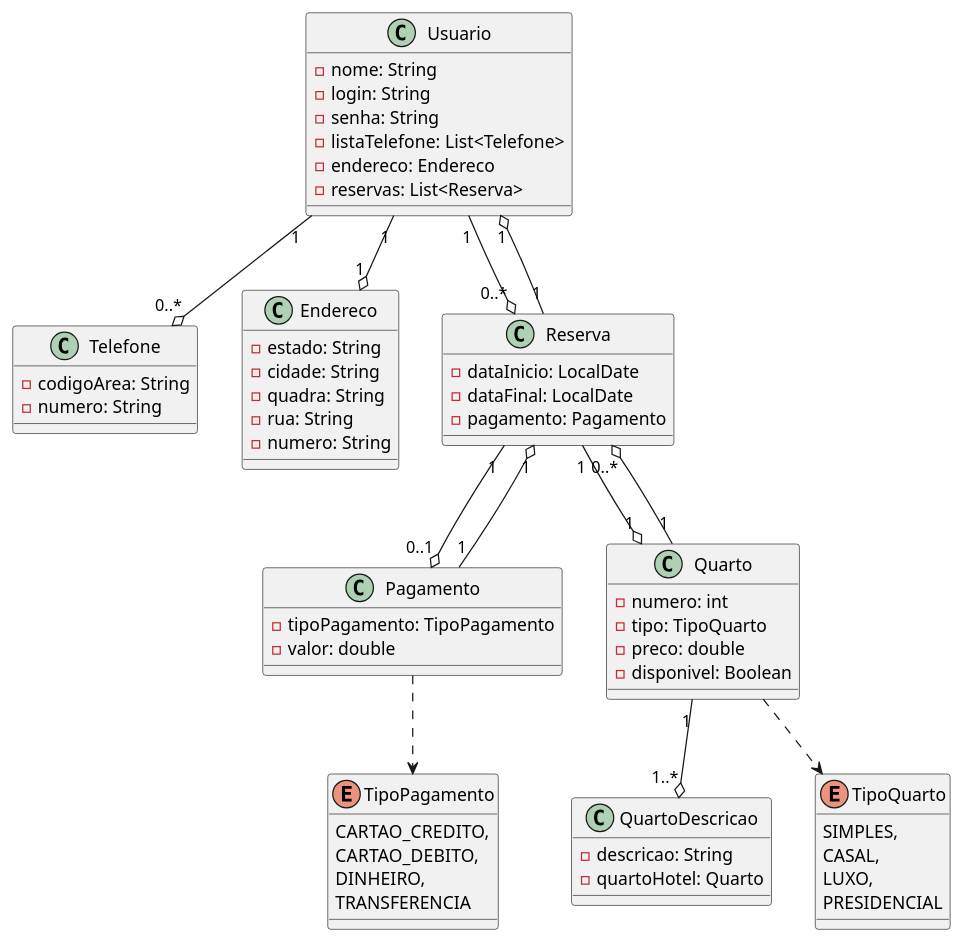
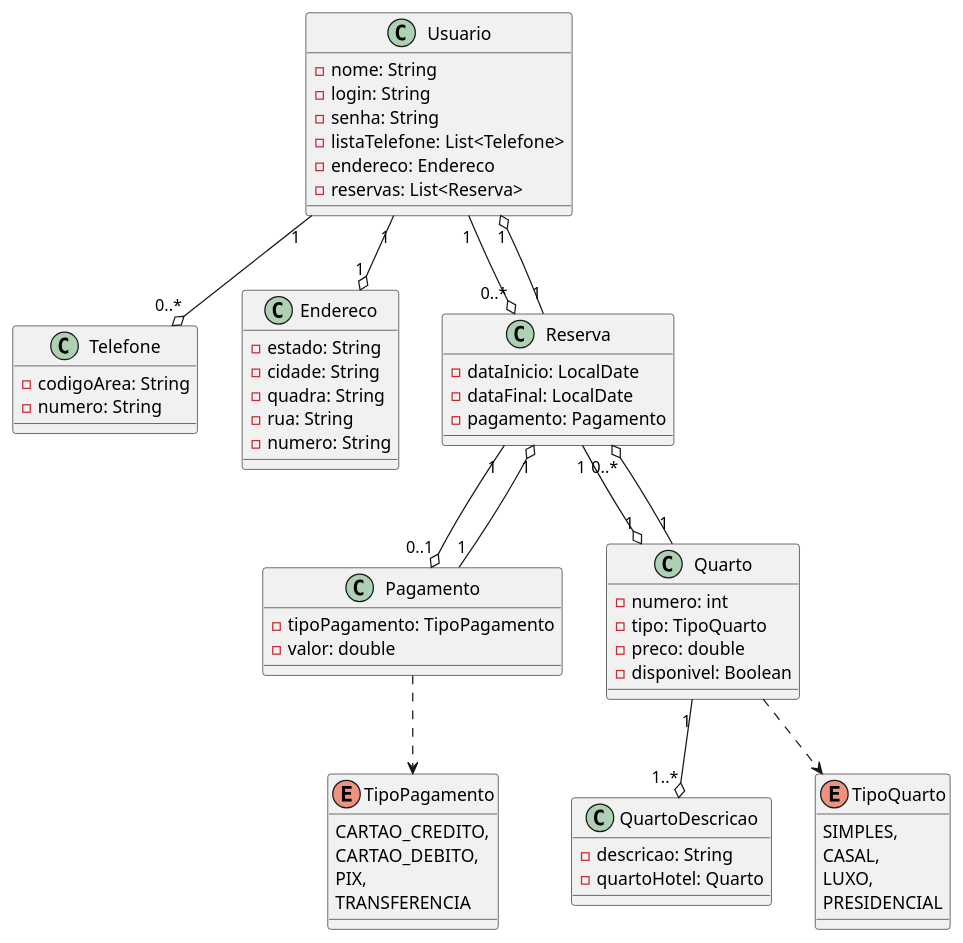
One commit to JoaoPOPaulino/quarkus-topicos1-2023-2 changed the diagram in src/main/java/br/unitins/topicos1/model/Diagrama.puml. Above: the diagram before and after it, drawn with PlantUML. The commit also changed 1 other file, not shown here.

```diff
--- a/src/main/java/br/unitins/topicos1/model/Diagrama.puml
+++ b/src/main/java/br/unitins/topicos1/model/Diagrama.puml
@@ -1,74 +1,74 @@
 @startuml Hotel
 
 class Usuario {
   - nome: String
   - login: String
   - senha: String
   - listaTelefone: List<Telefone>
   - endereco: Endereco
   - reservas: List<Reserva>
 }
 
 class Telefone {
   - codigoArea: String
   - numero: String
 }
 
 class Endereco {
   - estado: String
   - cidade: String
   - quadra: String
   - rua: String
   - numero: String
 }
 
 class Reserva {
   - dataInicio: LocalDate
   - dataFinal: LocalDate
   - pagamento: Pagamento
 }
 
 class Pagamento {
   - tipoPagamento: TipoPagamento
   - valor: double
 }
 
 class Quarto {
   - numero: int
   - tipo: TipoQuarto
   - preco: double
   - disponivel: Boolean
 }
 
 class QuartoDescricao {
   - descricao: String
   - quartoHotel: Quarto
 }
 
 enum TipoQuarto {
   SIMPLES,
   CASAL,
   LUXO,
   PRESIDENCIAL
 }
 
 enum TipoPagamento {
   CARTAO_CREDITO,
   CARTAO_DEBITO,
-  DINHEIRO,
+  PIX,
   TRANSFERENCIA
 }
 
 Usuario "1" --o "0..*" Telefone
 Usuario "1" --o "1" Endereco
 Usuario "1" --o "0..*" Reserva
 Reserva "1" --o "1" Quarto
 Reserva "1" --o "0..1" Pagamento
 Reserva "1" --o "1" Usuario
 Pagamento "1" --o "1" Reserva
 Quarto "1" --o "1..*" QuartoDescricao
 Quarto "1" --o "0..*" Reserva
 Quarto ..> TipoQuarto
 Pagamento ..> TipoPagamento
 
 @enduml
```
